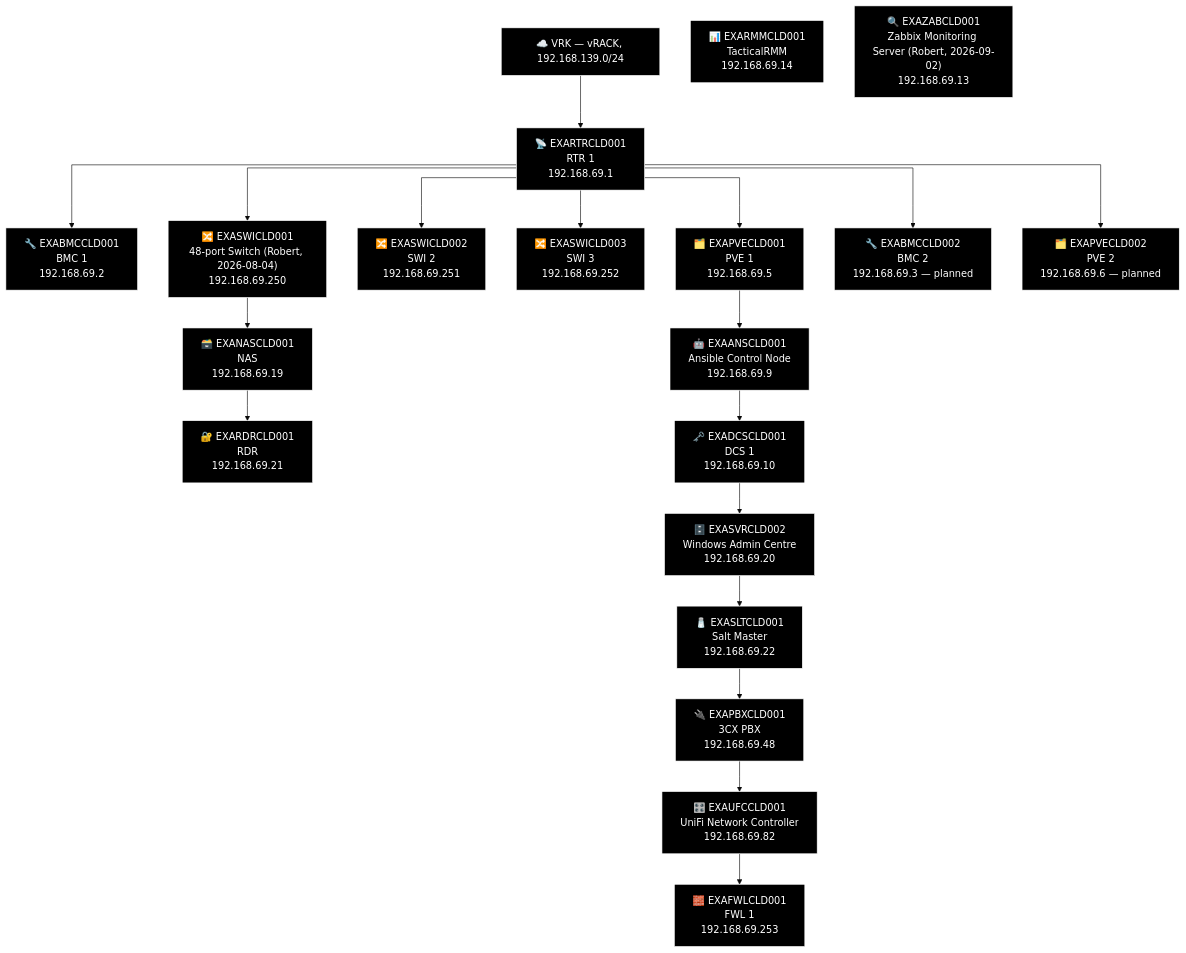
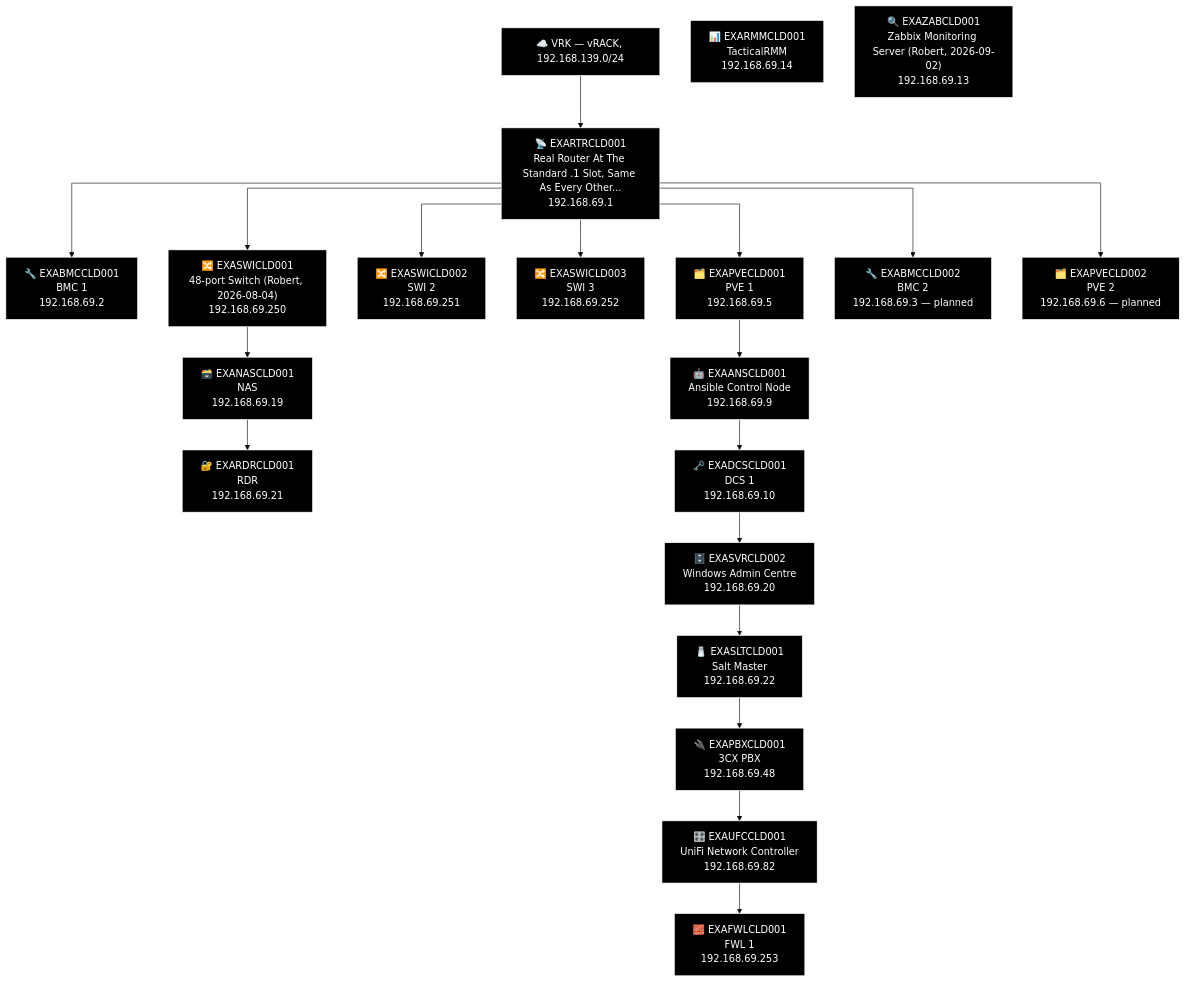
One commit to knightmare2600/example_music_infra changed the second of 2 diagrams in docs/network-diagram/cld.md. Above: the diagram before and after it, drawn with Mermaid (base theme). The commit also changed 4 other files, not shown here.

First line of the commit message:
CLD: add real router at the standard .1 slot

````diff
--- a/docs/network-diagram/cld.md
+++ b/docs/network-diagram/cld.md
@@ -44,56 +44,56 @@
 ```mermaid
 %% GENERATED:TOPOLOGY:CLD:START
 %%{init: {'flowchart': {'curve': 'stepAfter'}}}%%
 graph TD
     T_VRK["☁️ VRK — vRACK, 192.168.139.0/24"]
-    T_RTR["📡 EXARTRCLD001<br/>RTR 1<br/>192.168.69.1"]
+    T_RTR["📡 EXARTRCLD001<br/>Real Router At The Standard .1 Slot, Same As Every Other...<br/>192.168.69.1"]
     T_VRK --> T_RTR
     T_BMC["🔧 EXABMCCLD001<br/>BMC 1<br/>192.168.69.2"]
     T_RTR --> T_BMC
     T_PVE["🗂️ EXAPVECLD001<br/>PVE 1<br/>192.168.69.5"]
     T_RTR --> T_PVE
     T_SWI["🔀 EXASWICLD002<br/>SWI 2<br/>192.168.69.251"]
     T_RTR --> T_SWI
     T_SWI2["🔀 EXASWICLD003<br/>SWI 3<br/>192.168.69.252"]
     T_RTR --> T_SWI2
     T_SWI3["🔀 EXASWICLD001<br/>48-port Switch (Robert, 2026-08-04)<br/>192.168.69.250"]
     T_RTR --> T_SWI3
     T_BMC2["🔧 EXABMCCLD002<br/>BMC 2<br/>192.168.69.3 — planned"]
     T_RTR --> T_BMC2
     T_PVE2["🗂️ EXAPVECLD002<br/>PVE 2<br/>192.168.69.6 — planned"]
     T_RTR --> T_PVE2
     T_NAS["🗃️ EXANASCLD001<br/>NAS<br/>192.168.69.19"]
     T_RDR["🔐 EXARDRCLD001<br/>RDR<br/>192.168.69.21"]
     T_SWI3 --> T_NAS --> T_RDR
     T_ANS["🤖 EXAANSCLD001<br/>Ansible Control Node<br/>192.168.69.9"]
     T_DCS["🗝️ EXADCSCLD001<br/>DCS 1<br/>192.168.69.10"]
     T_SVR["🗄️ EXASVRCLD002<br/>Windows Admin Centre<br/>192.168.69.20"]
     T_SLT["🧂 EXASLTCLD001<br/>Salt Master<br/>192.168.69.22"]
     T_PBX["🔌 EXAPBXCLD001<br/>3CX PBX<br/>192.168.69.48"]
     T_UFC["🎛️ EXAUFCCLD001<br/>UniFi Network Controller<br/>192.168.69.82"]
     T_FWL["🧱 EXAFWLCLD001<br/>FWL 1<br/>192.168.69.253"]
     T_PVE --> T_ANS --> T_DCS --> T_SVR --> T_SLT --> T_PBX --> T_UFC --> T_FWL
     T_RMM["📊 EXARMMCLD001<br/>TacticalRMM<br/>192.168.69.14"]
     T_ZAB["🔍 EXAZABCLD001<br/>Zabbix Monitoring Server (Robert, 2026-09-02)<br/>192.168.69.13"]
     style T_VRK fill:#000000,stroke:#FFFFFF,color:#FFFFFF
     style T_RTR fill:#000000,stroke:#FFFFFF,color:#FFFFFF
     style T_BMC fill:#000000,stroke:#FFFFFF,color:#FFFFFF
     style T_PVE fill:#000000,stroke:#FFFFFF,color:#FFFFFF
     style T_SWI fill:#000000,stroke:#FFFFFF,color:#FFFFFF
     style T_SWI2 fill:#000000,stroke:#FFFFFF,color:#FFFFFF
     style T_SWI3 fill:#000000,stroke:#FFFFFF,color:#FFFFFF
     style T_BMC2 fill:#000000,stroke:#FFFFFF,color:#FFFFFF
     style T_PVE2 fill:#000000,stroke:#FFFFFF,color:#FFFFFF
     style T_NAS fill:#000000,stroke:#FFFFFF,color:#FFFFFF
     style T_RDR fill:#000000,stroke:#FFFFFF,color:#FFFFFF
     style T_ANS fill:#000000,stroke:#FFFFFF,color:#FFFFFF
     style T_DCS fill:#000000,stroke:#FFFFFF,color:#FFFFFF
     style T_SVR fill:#000000,stroke:#FFFFFF,color:#FFFFFF
     style T_SLT fill:#000000,stroke:#FFFFFF,color:#FFFFFF
     style T_PBX fill:#000000,stroke:#FFFFFF,color:#FFFFFF
     style T_UFC fill:#000000,stroke:#FFFFFF,color:#FFFFFF
     style T_FWL fill:#000000,stroke:#FFFFFF,color:#FFFFFF
     style T_RMM fill:#000000,stroke:#FFFFFF,color:#FFFFFF
     style T_ZAB fill:#000000,stroke:#FFFFFF,color:#FFFFFF
 %% GENERATED:TOPOLOGY:CLD:END
 ```
````
